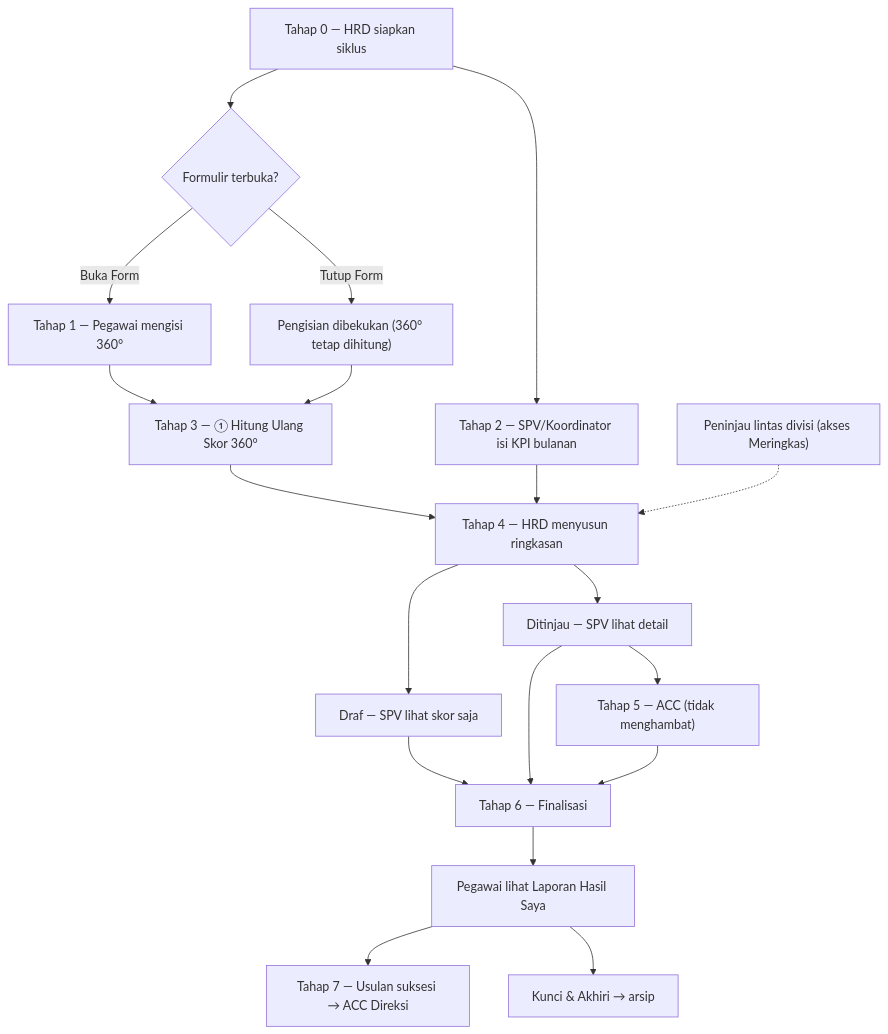
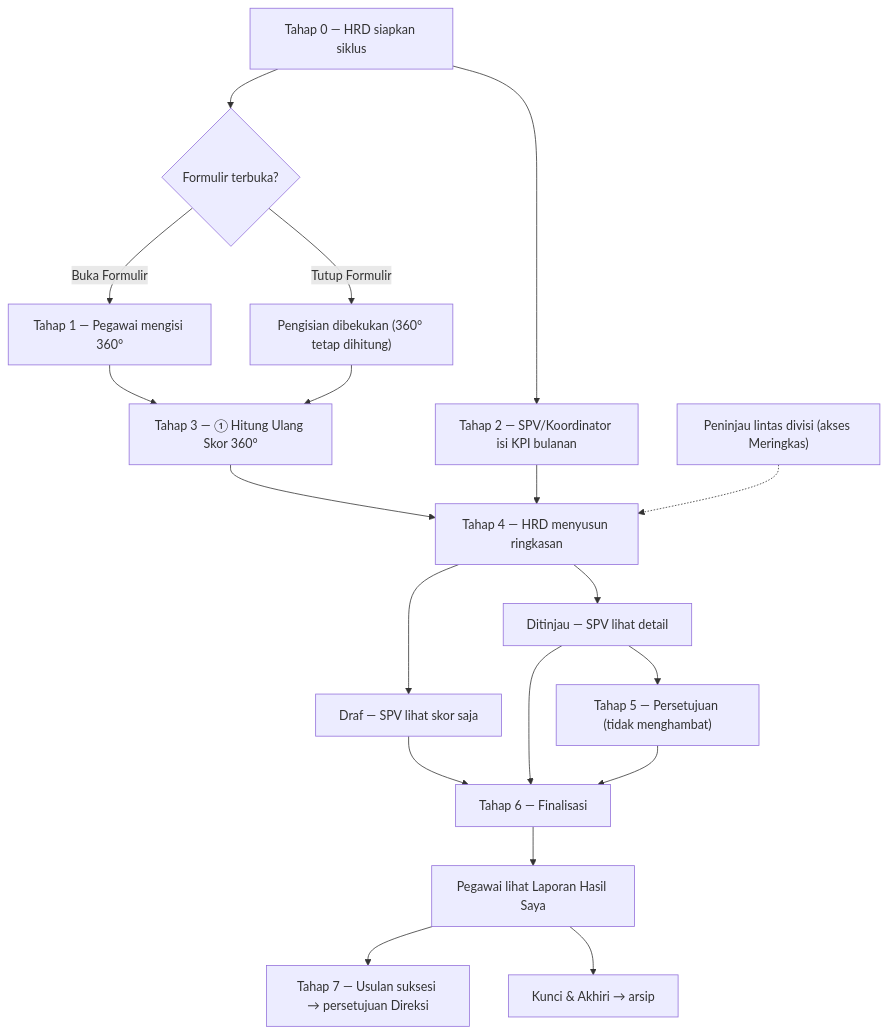
One commit to infarmcorp/infarm-360 changed the third of 5 diagrams in docs/PANDUAN.md. Above: the diagram before and after it, drawn with Mermaid. The commit also changed other lines of this file and 159 other files, not shown here.

````diff
--- a/docs/PANDUAN.md
+++ b/docs/PANDUAN.md
@@ -1189,21 +1189,21 @@
 ```mermaid
 flowchart TD
   T0["Tahap 0 — HRD siapkan siklus"] --> FORM{"Formulir terbuka?"}
-  FORM -- "Buka Form" --> T1["Tahap 1 — Pegawai mengisi 360°"]
-  FORM -- "Tutup Form" --> FZ["Pengisian dibekukan (360° tetap dihitung)"]
+  FORM -- "Buka Formulir" --> T1["Tahap 1 — Pegawai mengisi 360°"]
+  FORM -- "Tutup Formulir" --> FZ["Pengisian dibekukan (360° tetap dihitung)"]
   T0 --> T2["Tahap 2 — SPV/Koordinator isi KPI bulanan"]
   T1 --> T3["Tahap 3 — ① Hitung Ulang Skor 360°"]
   FZ --> T3
   T3 --> T4["Tahap 4 — HRD menyusun ringkasan"]
   T2 --> T4
   PR["Peninjau lintas divisi (akses Meringkas)"] -.-> T4
   T4 --> DR["Draf — SPV lihat skor saja"]
   T4 --> IR["Ditinjau — SPV lihat detail"]
-  IR --> ACC["Tahap 5 — ACC (tidak menghambat)"]
+  IR --> ACC["Tahap 5 — Persetujuan (tidak menghambat)"]
   DR --> FIN["Tahap 6 — Finalisasi"]
   IR --> FIN
   ACC --> FIN
   FIN --> FR["Pegawai lihat Laporan Hasil Saya"]
-  FR --> T7["Tahap 7 — Usulan suksesi → ACC Direksi"]
+  FR --> T7["Tahap 7 — Usulan suksesi → persetujuan Direksi"]
   FR --> LOCK["Kunci & Akhiri → arsip"]
 ```
````
